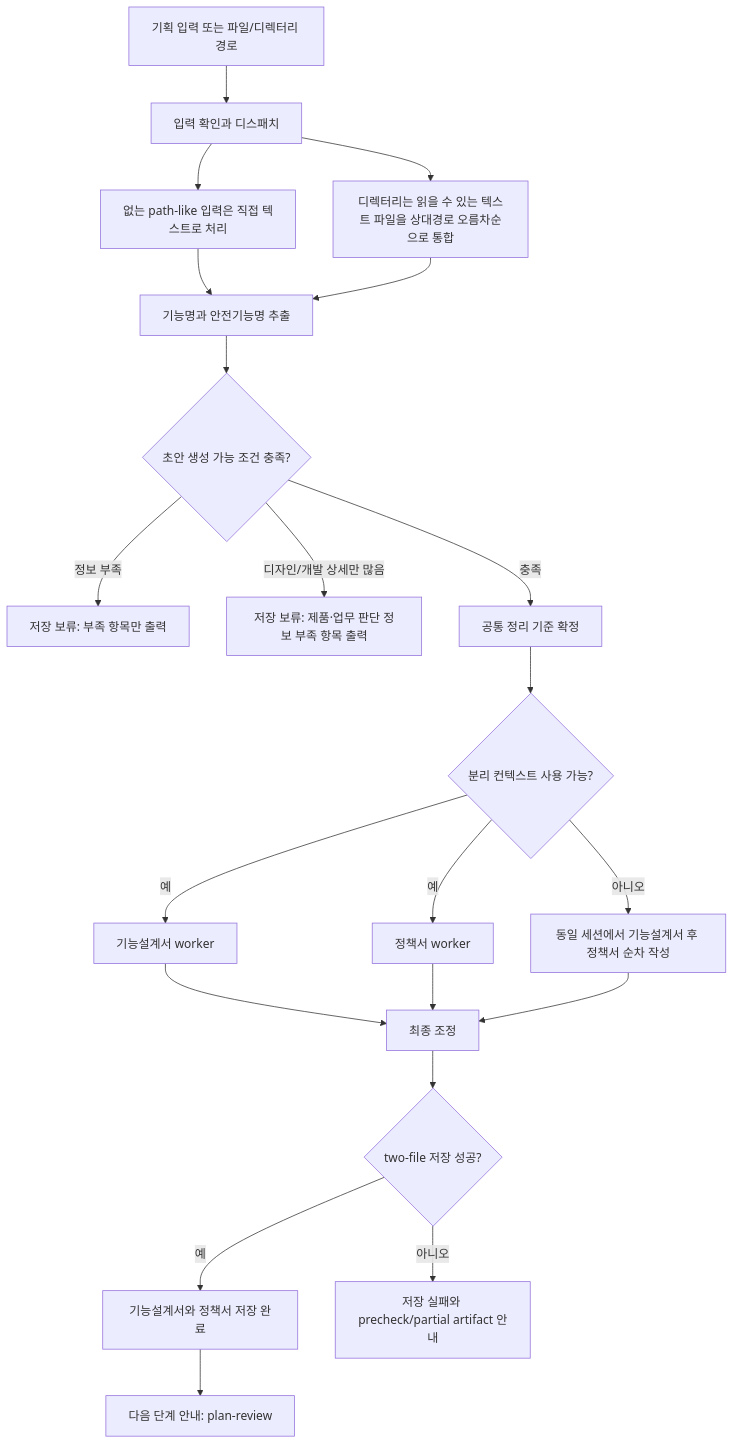
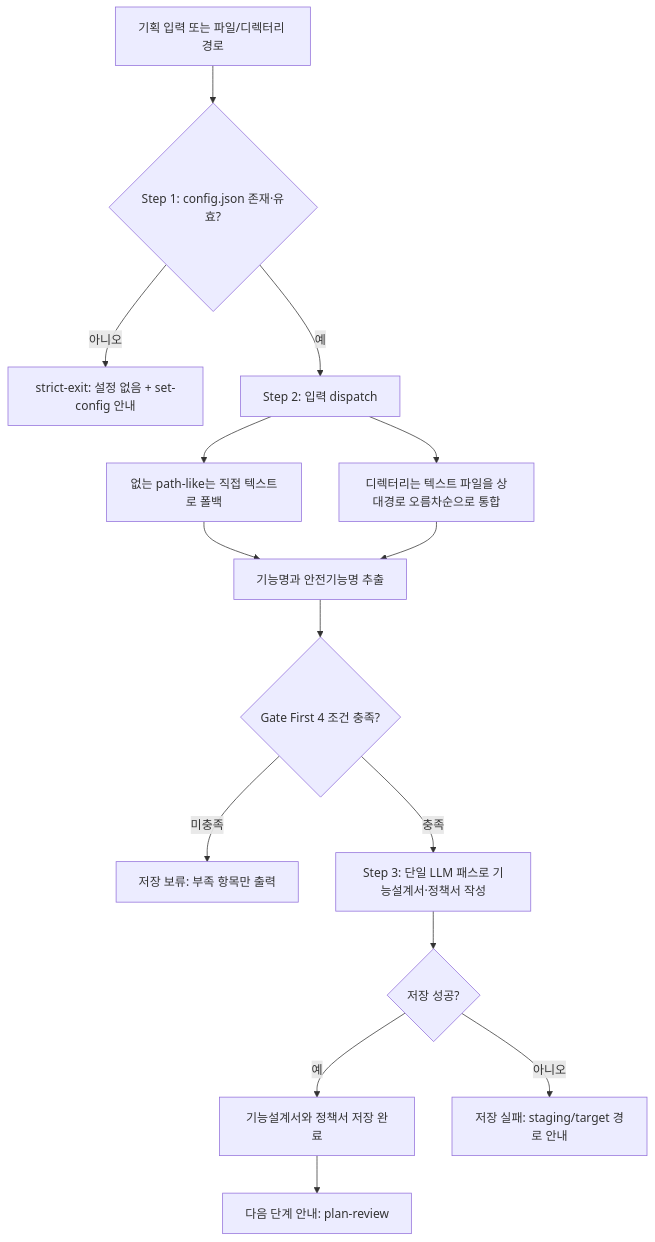
One commit to inkwonjung-colosseum/plugins changed the third of 5 diagrams in product-team-kit/docs/skills-workflow.md. Above: the diagram before and after it, drawn with Mermaid. The commit also changed other lines of this file and 97 other files, not shown here.

````diff
--- a/product-team-kit/docs/skills-workflow.md
+++ b/product-team-kit/docs/skills-workflow.md
@@ -64,23 +100,17 @@
 ```mermaid
 flowchart TD
-    A[기획 입력 또는 파일/디렉터리 경로] --> B[입력 확인과 디스패치]
-    B --> B1[없는 path-like 입력은 직접 텍스트로 처리]
-    B --> B2[디렉터리는 읽을 수 있는 텍스트 파일을 상대경로 오름차순으로 통합]
+    A[기획 입력 또는 파일/디렉터리 경로] --> S1{Step 1: config.json 존재·유효?}
+    S1 -- 아니오 --> S1X[strict-exit: 설정 없음 + set-config 안내]
+    S1 -- 예 --> B[Step 2: 입력 dispatch]
+    B --> B1[없는 path-like는 직접 텍스트로 폴백]
+    B --> B2[디렉터리는 텍스트 파일을 상대경로 오름차순으로 통합]
     B1 --> C[기능명과 안전기능명 추출]
     B2 --> C
-    C --> D{초안 생성 가능 조건 충족?}
-    D -- 정보 부족 --> E[저장 보류: 부족 항목만 출력]
-    D -- 디자인/개발 상세만 많음 --> F[저장 보류: 제품·업무 판단 정보 부족 항목 출력]
-    D -- 충족 --> H[공통 정리 기준 확정]
-    H --> I{분리 컨텍스트 사용 가능?}
-    I -- 예 --> J[기능설계서 worker]
-    I -- 예 --> K[정책서 worker]
-    I -- 아니오 --> L[동일 세션에서 기능설계서 후 정책서 순차 작성]
-    J --> M[최종 조정]
-    K --> M
-    L --> M
-    M --> N{two-file 저장 성공?}
+    C --> D{Gate First 4 조건 충족?}
+    D -- 미충족 --> E[저장 보류: 부족 항목만 출력]
+    D -- 충족 --> H[Step 3: 단일 LLM 패스로 기능설계서·정책서 작성]
+    H --> N{저장 성공?}
     N -- 예 --> O[기능설계서와 정책서 저장 완료]
-    N -- 아니오 --> P[저장 실패와 precheck/partial artifact 안내]
+    N -- 아니오 --> P[저장 실패: staging/target 경로 안내]
     O --> Q[다음 단계 안내: plan-review]
 ```
````
